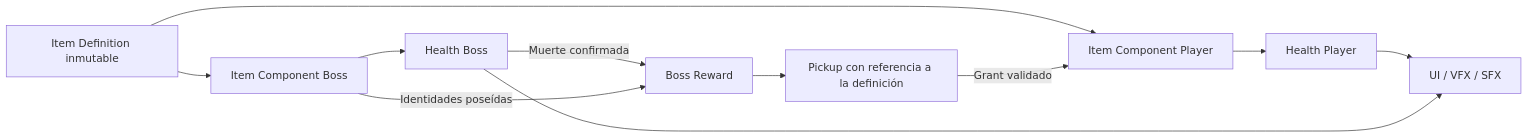
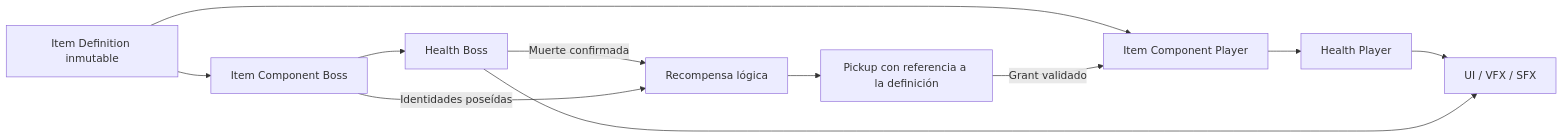
The diagram in docs/ARCHITECTURE.md (magdaleno88/SoulsRogue), drawn with Mermaid before and after one commit. The commit also changed other lines of this file and 7 other files, not shown here.

````diff
--- a/docs/ARCHITECTURE.md
+++ b/docs/ARCHITECTURE.md
@@ -152,13 +153,13 @@
 ```mermaid
 flowchart LR
     D[Item Definition inmutable] --> IP[Item Component Player]
     D --> IB[Item Component Boss]
     IP --> HP[Health Player]
     IB --> HB[Health Boss]
-    HB -->|Muerte confirmada| R[Boss Reward]
+    HB -->|Muerte confirmada| R[Recompensa lógica]
     IB -->|Identidades poseídas| R
     R --> P[Pickup con referencia a la definición]
     P -->|Grant validado| IP
     HP --> UI[UI / VFX / SFX]
     HB --> UI
 ```
````
